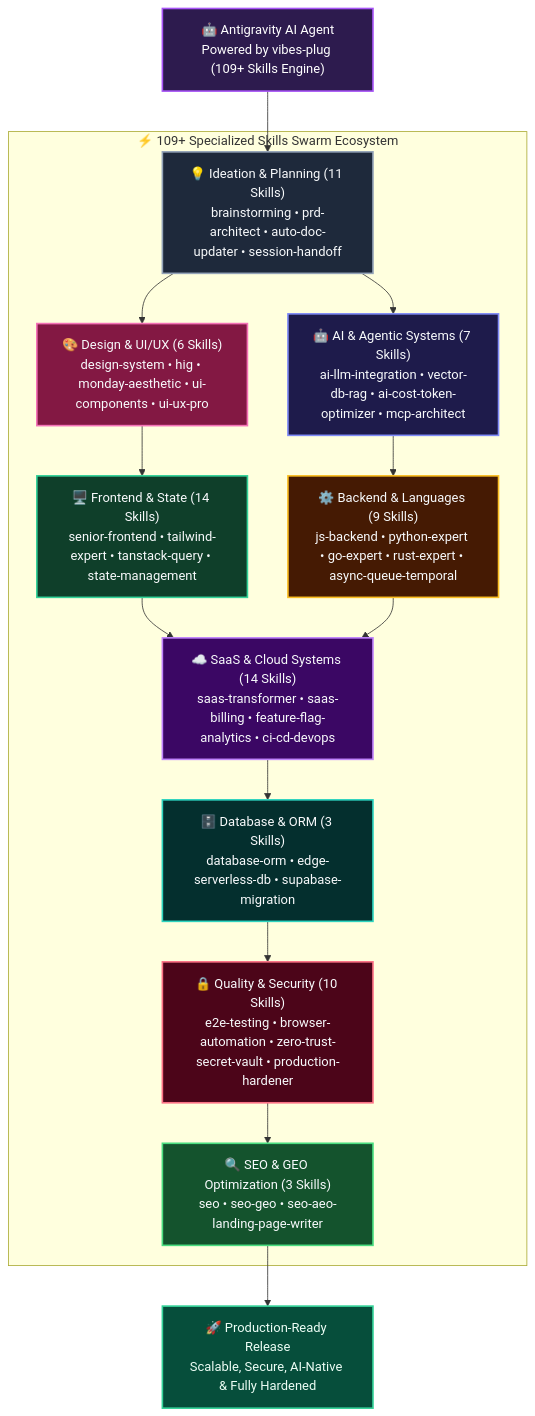
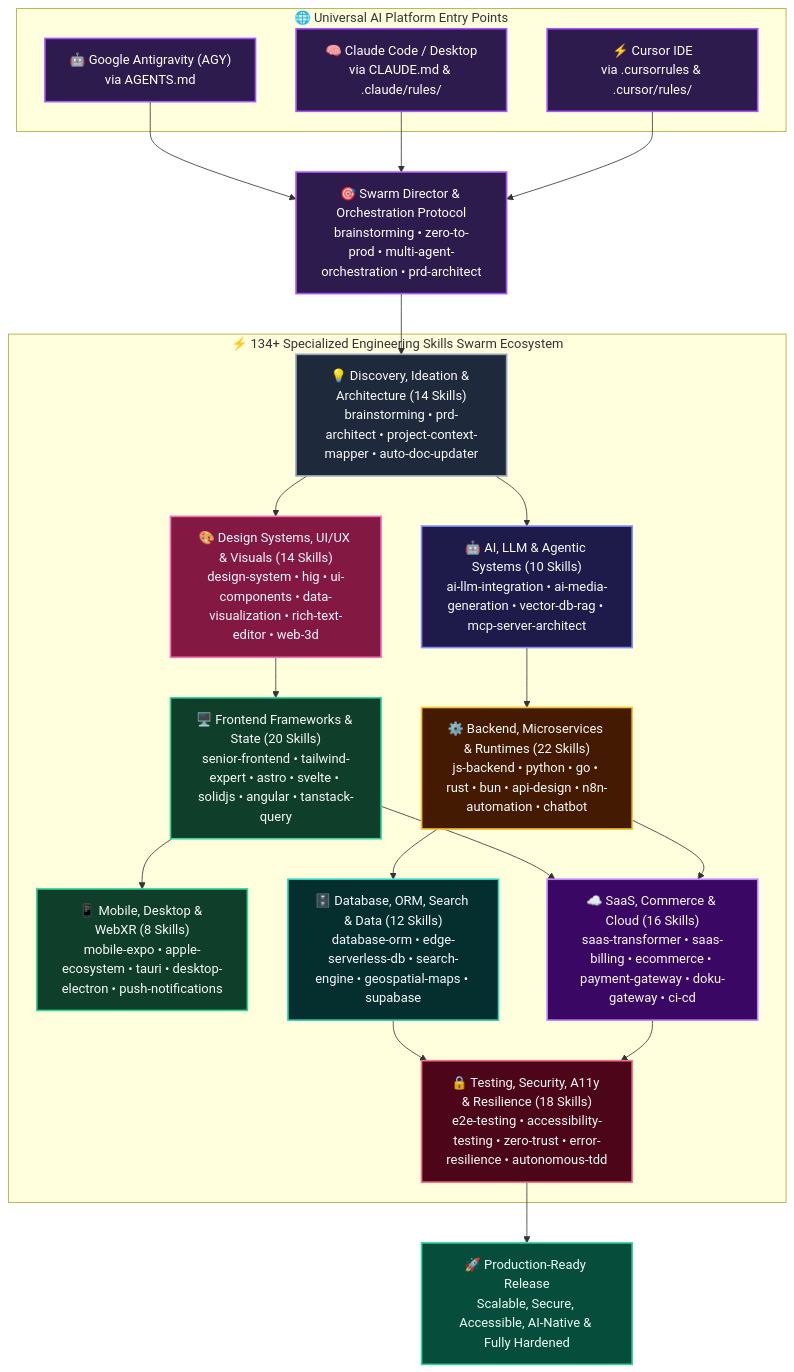
One commit to roedyrustam/vibes-plug changed the diagram in README.md. Above: the diagram before and after it, drawn with Mermaid. The commit also changed other lines of this file and 31 other files, not shown here.

Commit message:
feat: add 25 specialized agent skills and upgrade multi-agent swarm orchestration protocols

````diff
--- a/README.md
+++ b/README.md
@@ -16,54 +16,64 @@
 ```mermaid
 graph TD
-    AGY["🤖 Antigravity AI Agent<br/>Powered by vibes-plug (109+ Skills Engine)"]
-
-    subgraph SWARM["⚡ 109+ Specialized Skills Swarm Ecosystem"]
-        D9["💡 Ideation & Planning (11 Skills)<br/>brainstorming • prd-architect • auto-doc-updater • session-handoff"]
-        D1["🤖 AI & Agentic Systems (7 Skills)<br/>ai-llm-integration • vector-db-rag • ai-cost-token-optimizer • mcp-architect"]
-        D2["🎨 Design & UI/UX (6 Skills)<br/>design-system • hig • monday-aesthetic • ui-components • ui-ux-pro"]
-        D3["🖥️ Frontend & State (14 Skills)<br/>senior-frontend • tailwind-expert • tanstack-query • state-management"]
-        D4["⚙️ Backend & Languages (9 Skills)<br/>js-backend • python-expert • go-expert • rust-expert • async-queue-temporal"]
-        D5["☁️ SaaS & Cloud Systems (14 Skills)<br/>saas-transformer • saas-billing • feature-flag-analytics • ci-cd-devops"]
-        D6["🗄️ Database & ORM (3 Skills)<br/>database-orm • edge-serverless-db • supabase-migration"]
-        D7["🔒 Quality & Security (10 Skills)<br/>e2e-testing • browser-automation • zero-trust-secret-vault • production-hardener"]
-        D8["🔍 SEO & GEO Optimization (3 Skills)<br/>seo • seo-geo • seo-aeo-landing-page-writer"]
+    subgraph PLATFORMS["🌐 Universal AI Platform Entry Points"]
+        AGY["🤖 Google Antigravity (AGY)<br/>via AGENTS.md"]
+        CLAUDE["🧠 Claude Code / Desktop<br/>via CLAUDE.md & .claude/rules/"]
+        CURSOR["⚡ Cursor IDE<br/>via .cursorrules & .cursor/rules/"]
     end
 
-    PROD["🚀 Production-Ready Release<br/>Scalable, Secure, AI-Native & Fully Hardened"]
+    DIRECTOR["🎯 Swarm Director & Orchestration Protocol<br/>brainstorming • zero-to-prod • multi-agent-orchestration • prd-architect"]
 
-    AGY --> D9
-    D9 --> D1
-    D9 --> D2
-    D1 --> D4
-    D2 --> D3
-    D3 --> D5
+    subgraph SWARM["⚡ 134+ Specialized Engineering Skills Swarm Ecosystem"]
+        D1["💡 Discovery, Ideation & Architecture (14 Skills)<br/>brainstorming • prd-architect • project-context-mapper • auto-doc-updater"]
+        D2["🤖 AI, LLM & Agentic Systems (10 Skills)<br/>ai-llm-integration • ai-media-generation • vector-db-rag • mcp-server-architect"]
+        D3["🎨 Design Systems, UI/UX & Visuals (14 Skills)<br/>design-system • hig • ui-components • data-visualization • rich-text-editor • web-3d"]
+        D4["🖥️ Frontend Frameworks & State (20 Skills)<br/>senior-frontend • tailwind-expert • astro • svelte • solidjs • angular • tanstack-query"]
+        D5["📱 Mobile, Desktop & WebXR (8 Skills)<br/>mobile-expo • apple-ecosystem • tauri • desktop-electron • push-notifications"]
+        D6["⚙️ Backend, Microservices & Runtimes (22 Skills)<br/>js-backend • python • go • rust • bun • api-design • n8n-automation • chatbot"]
+        D7["🗄️ Database, ORM, Search & Data (12 Skills)<br/>database-orm • edge-serverless-db • search-engine • geospatial-maps • supabase"]
+        D8["☁️ SaaS, Commerce & Cloud (16 Skills)<br/>saas-transformer • saas-billing • ecommerce • payment-gateway • doku-gateway • ci-cd"]
+        D9["🔒 Testing, Security, A11y & Resilience (18 Skills)<br/>e2e-testing • accessibility-testing • zero-trust • error-resilience • autonomous-tdd"]
+    end
+
+    PROD["🚀 Production-Ready Release<br/>Scalable, Secure, Accessible, AI-Native & Fully Hardened"]
+
+    AGY --> DIRECTOR
+    CLAUDE --> DIRECTOR
+    CURSOR --> DIRECTOR
+
+    DIRECTOR --> D1
+    D1 --> D2
+    D1 --> D3
+    D2 --> D6
+    D3 --> D4
     D4 --> D5
-    D5 --> D6
+    D4 --> D8
     D6 --> D7
-    D7 --> D8
-    D8 --> PROD
+    D6 --> D8
+    D7 --> D9
+    D8 --> D9
+    D9 --> PROD
 
     classDef hero fill:#2d1b4e,stroke:#a855f7,stroke-width:2px,color:#fff;
     classDef ai fill:#1e1b4b,stroke:#818cf8,stroke-width:2px,color:#f8fafc;
     classDef ui fill:#831843,stroke:#f472b6,stroke-width:2px,color:#f8fafc;
     classDef front fill:#0f3f2a,stroke:#34d399,stroke-width:2px,color:#f8fafc;
     classDef back fill:#451a03,stroke:#fbbf24,stroke-width:2px,color:#f8fafc;
     classDef saas fill:#3b0764,stroke:#c084fc,stroke-width:2px,color:#f8fafc;
     classDef db fill:#042f2e,stroke:#2dd4bf,stroke-width:2px,color:#f8fafc;
     classDef sec fill:#4c0519,stroke:#fb7185,stroke-width:2px,color:#f8fafc;
-    classDef seo fill:#14532d,stroke:#4ade80,stroke-width:2px,color:#f8fafc;
     classDef util fill:#1e293b,stroke:#94a3b8,stroke-width:2px,color:#f8fafc;
     classDef target fill:#064e3b,stroke:#34d399,stroke-width:2px,color:#ecfdf5;
 
-    class AGY hero;
-    class D9 util;
-    class D1 ai;
-    class D2 ui;
-    class D3 front;
-    class D4 back;
-    class D5 saas;
-    class D6 db;
-    class D7 sec;
-    class D8 seo;
+    class AGY,CLAUDE,CURSOR,DIRECTOR hero;
+    class D1 util;
+    class D2 ai;
+    class D3 ui;
+    class D4 front;
+    class D5 front;
+    class D6 back;
+    class D7 db;
+    class D8 saas;
+    class D9 sec;
     class PROD target;
 ```
````
